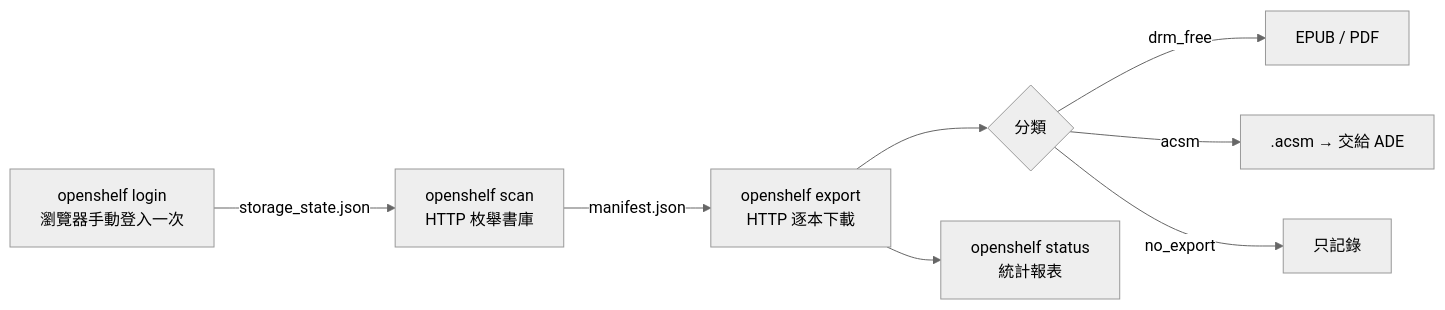
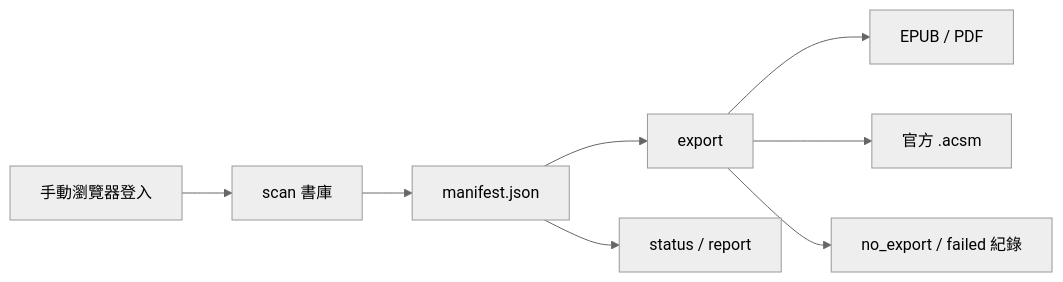
One commit to SanHsien/openshelf changed the diagram in README.md. Above: the diagram before and after it, drawn with Mermaid (neutral theme). The commit also changed other lines of this file and 1 other file, not shown here.

````diff
--- a/README.md
+++ b/README.md
@@ -78,10 +90,10 @@
 ```mermaid
 flowchart LR
-    A[openshelf login<br/>瀏覽器手動登入一次] -->|storage_state.json| B[openshelf scan<br/>HTTP 枚舉書庫]
-    B -->|manifest.json| C[openshelf export<br/>HTTP 逐本下載]
-    C --> D{分類}
-    D -->|drm_free| E[EPUB / PDF]
-    D -->|acsm| F[.acsm → 交給 ADE]
-    D -->|no_export| G[只記錄]
-    C --> H[openshelf status<br/>統計報表]
+    A[手動瀏覽器登入] --> B[scan 書庫]
+    B --> C[manifest.json]
+    C --> D[export]
+    D --> E[EPUB / PDF]
+    D --> F[官方 .acsm]
+    D --> G[no_export / failed 紀錄]
+    C --> H[status / report]
 ```
````
